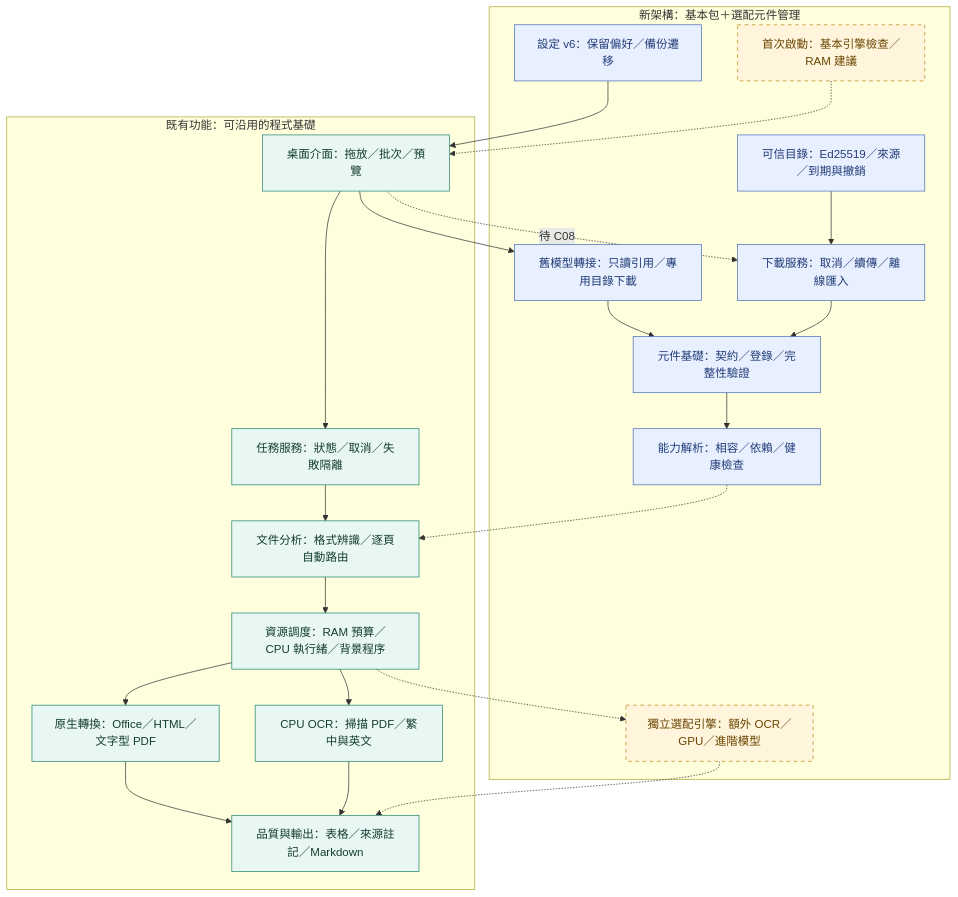
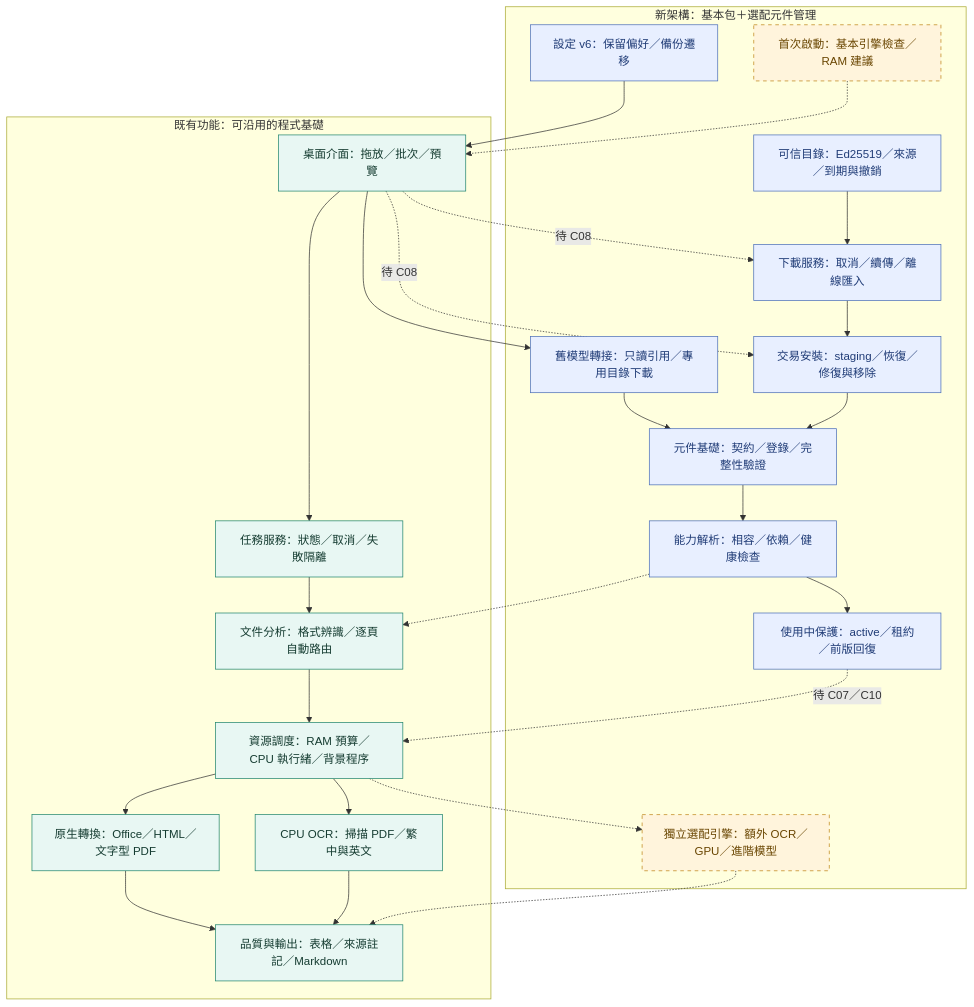
The diagram in README.md (ChouTa-chuan/MarkItDown-exe), drawn with Mermaid before and after one commit. The commit also changed other lines of this file and 51 other files, not shown here.

````diff
--- a/README.md
+++ b/README.md
@@ -21,37 +21,41 @@
 ```mermaid
 flowchart TD
     subgraph Existing["既有功能：可沿用的程式基礎"]
         UI["桌面介面：拖放／批次／預覽"] --> APP["任務服務：狀態／取消／失敗隔離"]
         APP --> PLAN["文件分析：格式辨識／逐頁自動路由"]
         PLAN --> RES["資源調度：RAM 預算／CPU 執行緒／背景程序"]
         RES --> NATIVE["原生轉換：Office／HTML／文字型 PDF"]
         RES --> OCR["CPU OCR：掃描 PDF／繁中與英文"]
         NATIVE --> QUALITY["品質與輸出：表格／來源註記／Markdown"]
         OCR --> QUALITY
     end
     subgraph Planned["新架構：基本包＋選配元件管理"]
         FIRST["首次啟動：基本引擎檢查／RAM 建議"]
         COMPONENTS["元件基礎：契約／登錄／完整性驗證"]
         CAPABILITY["能力解析：相容／依賴／健康檢查"]
         OPTIONAL["獨立選配引擎：額外 OCR／GPU／進階模型"]
         COMPONENTS --> CAPABILITY
         LEGACY["舊模型轉接：只讀引用／專用目錄下載"]
         PREFS["設定 v6：保留偏好／備份遷移"]
         LEGACY --> COMPONENTS
         CATALOG["可信目錄：Ed25519／來源／到期與撤銷"] --> DOWNLOAD["下載服務：取消／續傳／離線匯入"]
-        DOWNLOAD --> COMPONENTS
+        DOWNLOAD --> INSTALL["交易安裝：staging／恢復／修復與移除"]
+        INSTALL --> COMPONENTS
+        CAPABILITY --> LEASE["使用中保護：active／租約／前版回復"]
     end
+    UI -.->|待 C08| INSTALL
+    LEASE -.->|待 C07／C10| RES
     UI -.->|待 C08| DOWNLOAD
     UI --> LEGACY
     PREFS --> UI
     FIRST -.-> UI
     CAPABILITY -.-> PLAN
     RES -.-> OPTIONAL
     OPTIONAL -.-> QUALITY
     classDef existing fill:#e8f7f3,stroke:#21856d,color:#153c31;
     classDef foundation fill:#e8efff,stroke:#4c6fb8,color:#203c77;
-    class COMPONENTS,CAPABILITY,LEGACY,PREFS,CATALOG,DOWNLOAD foundation;
+    class COMPONENTS,CAPABILITY,LEGACY,PREFS,CATALOG,DOWNLOAD,INSTALL,LEASE foundation;
     classDef planned fill:#fff4dc,stroke:#be8519,color:#694500,stroke-dasharray:5 5;
     class UI,APP,PLAN,RES,NATIVE,OCR,QUALITY existing;
     class FIRST,OPTIONAL planned;
 ```
````
